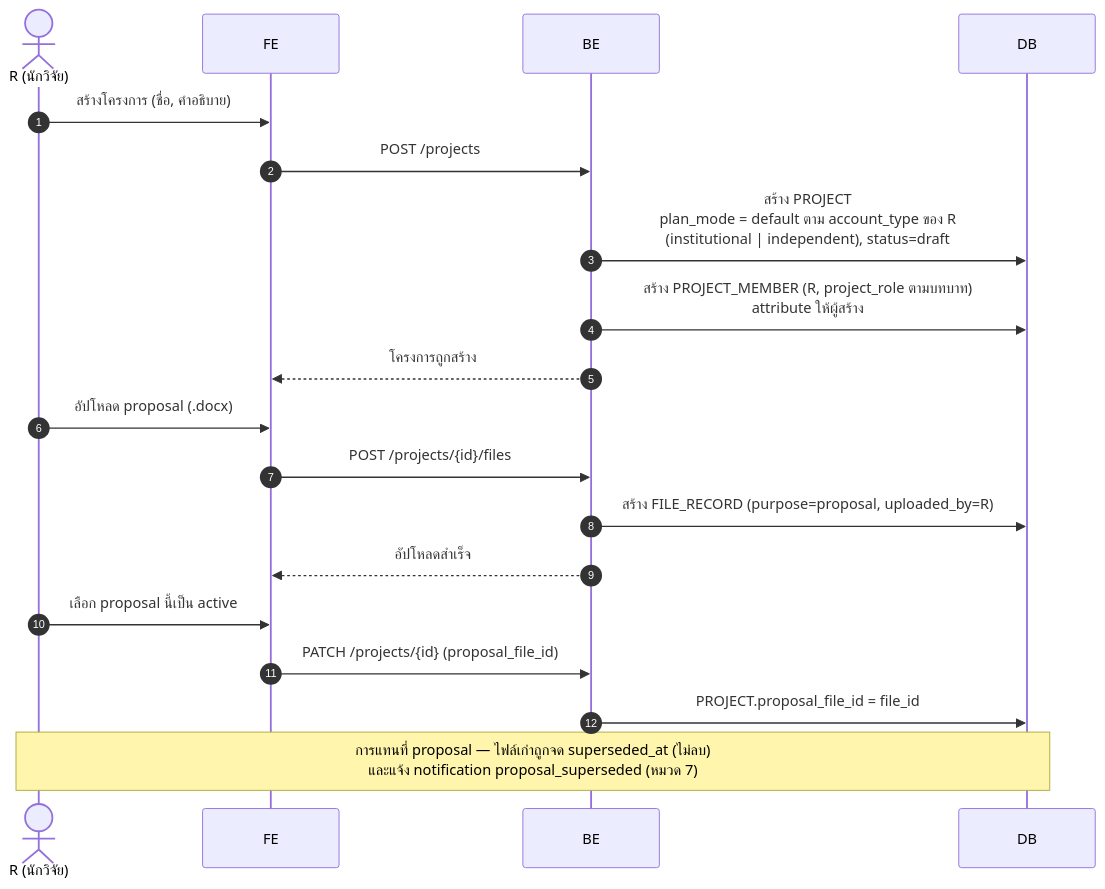
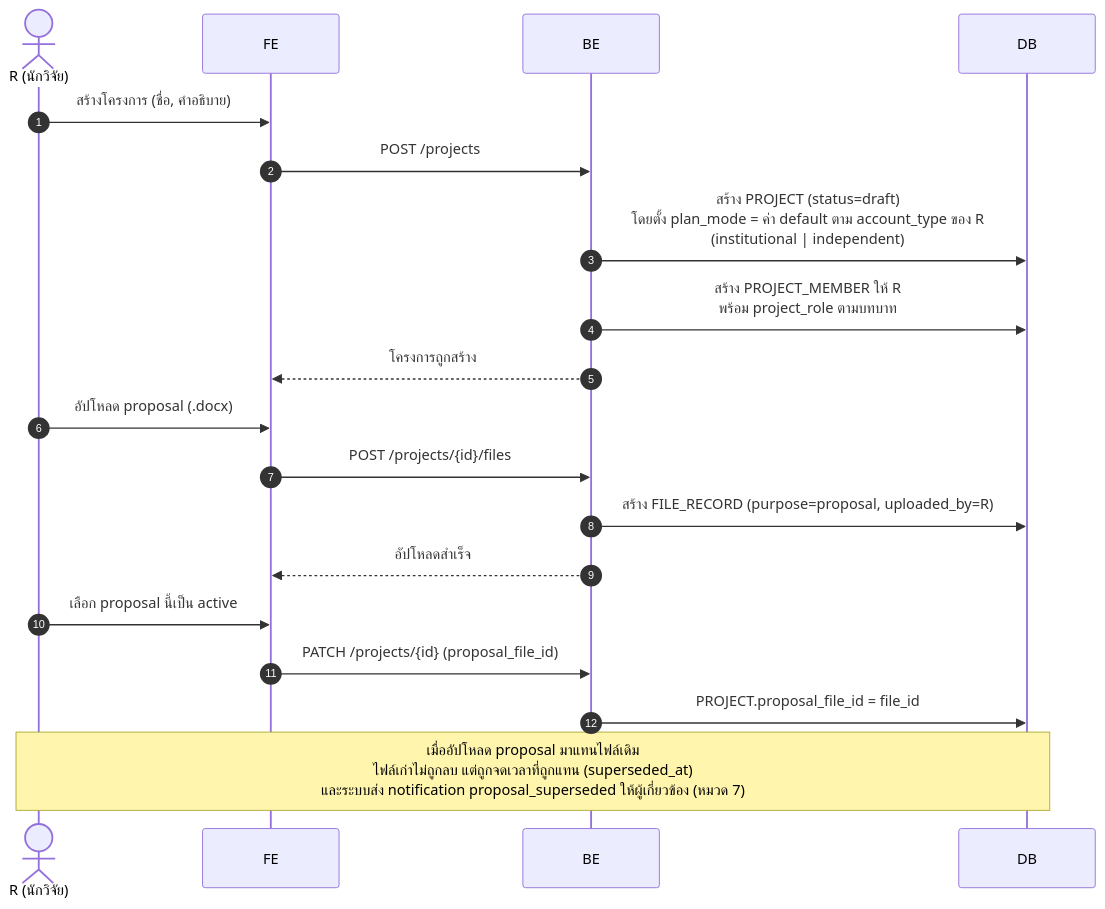
One commit to Open-Science-and-Data-management/Backend changed the second of 14 diagrams in docs/architecture/sequence-diagrams.md. Above: the diagram before and after it, drawn with Mermaid. The commit also changed other lines of this file and 15 other files, not shown here.

````diff
--- a/docs/architecture/sequence-diagrams.md
+++ b/docs/architecture/sequence-diagrams.md
@@ -86,25 +101,25 @@
 ```mermaid
 sequenceDiagram
     autonumber
     actor R as R (นักวิจัย)
     participant FE as FE
     participant BE as BE
     participant DB as DB
 
     R->>FE: สร้างโครงการ (ชื่อ, คำอธิบาย)
     FE->>BE: POST /projects
-    BE->>DB: สร้าง PROJECT<br/>plan_mode = default ตาม account_type ของ R<br/>(institutional | independent), status=draft
-    BE->>DB: สร้าง PROJECT_MEMBER (R, project_role ตามบทบาท)<br/>attribute ให้ผู้สร้าง
+    BE->>DB: สร้าง PROJECT (status=draft)<br/>โดยตั้ง plan_mode = ค่า default ตาม account_type ของ R<br/>(institutional | independent)
+    BE->>DB: สร้าง PROJECT_MEMBER ให้ R<br/>พร้อม project_role ตามบทบาท
     BE-->>FE: โครงการถูกสร้าง
 
     R->>FE: อัปโหลด proposal (.docx)
     FE->>BE: POST /projects/{id}/files
     BE->>DB: สร้าง FILE_RECORD (purpose=proposal, uploaded_by=R)
     BE-->>FE: อัปโหลดสำเร็จ
 
     R->>FE: เลือก proposal นี้เป็น active
     FE->>BE: PATCH /projects/{id} (proposal_file_id)
     BE->>DB: PROJECT.proposal_file_id = file_id
 
-    Note over R,DB: การแทนที่ proposal — ไฟล์เก่าถูกจด superseded_at (ไม่ลบ)<br/>และแจ้ง notification proposal_superseded (หมวด 7)
+    Note over R,DB: เมื่ออัปโหลด proposal มาแทนไฟล์เดิม<br/>ไฟล์เก่าไม่ถูกลบ แต่ถูกจดเวลาที่ถูกแทน (superseded_at)<br/>และระบบส่ง notification proposal_superseded ให้ผู้เกี่ยวข้อง (หมวด 7)
 ```
````
